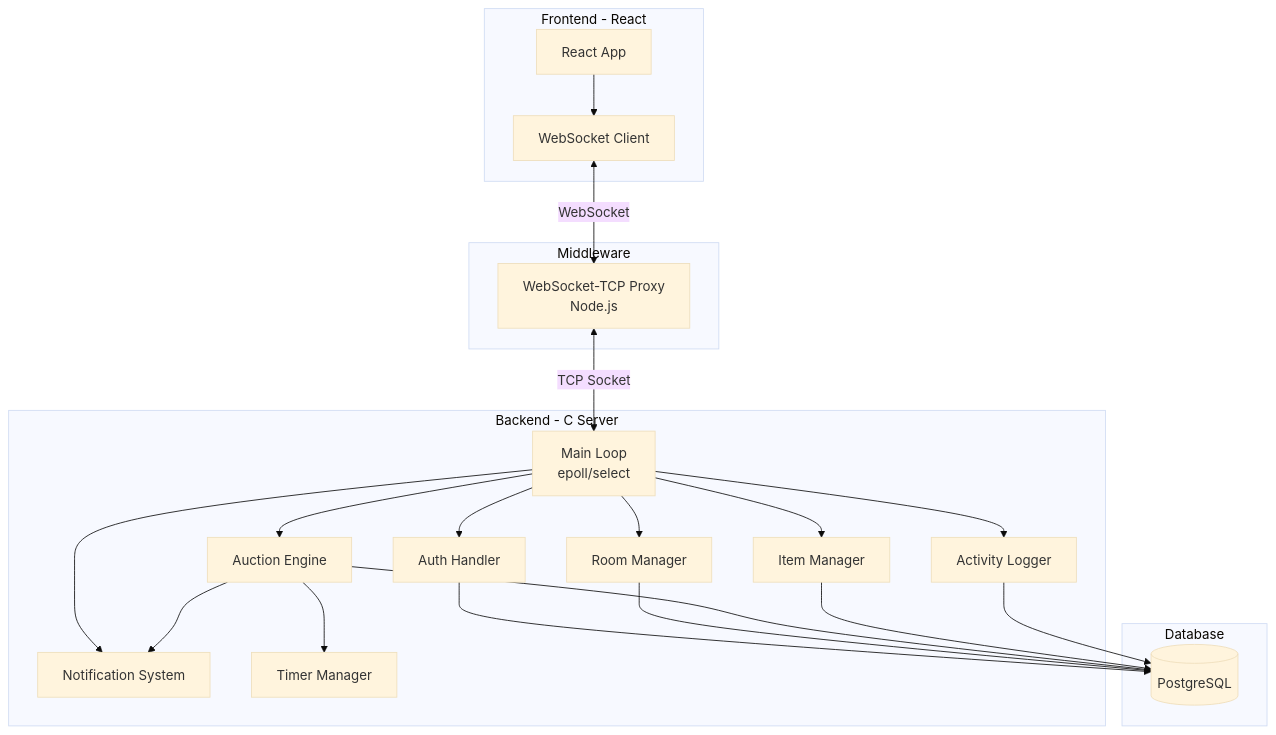
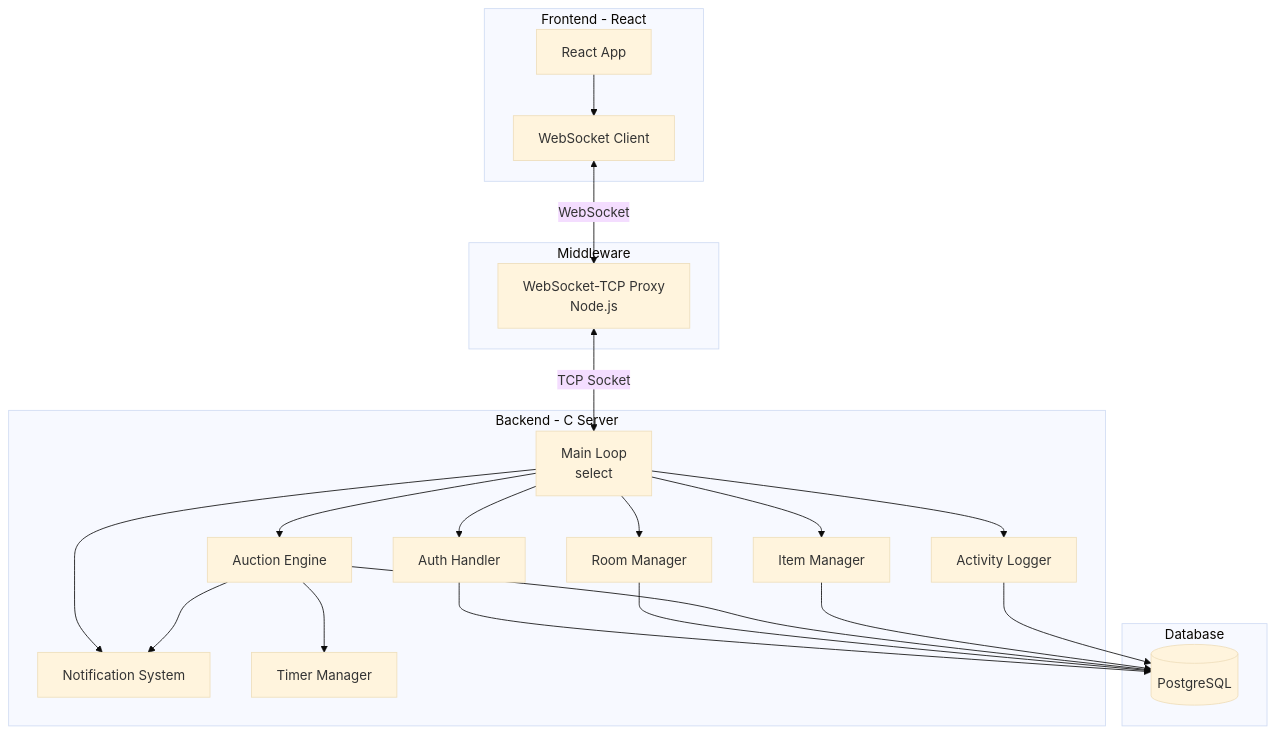
The first of 5 diagrams in implementation_plan.md (Nhan-DH/auction-system), drawn with Mermaid (base theme) before and after one commit. The commit also changed other lines of this file, not shown here.

````diff
--- a/implementation_plan.md
+++ b/implementation_plan.md
@@ -102,44 +102,44 @@
 ```mermaid
 graph TB
     subgraph "Frontend - React"
         UI[React App]
         WS[WebSocket Client]
         UI --> WS
     end
 
     subgraph "Middleware"
         PROXY[WebSocket-TCP Proxy<br/>Node.js]
     end
 
     subgraph "Backend - C Server"
-        MAIN[Main Loop<br/>epoll/select]
+        MAIN[Main Loop<br/>select]
         AUTH[Auth Handler]
         ROOM[Room Manager]
         AUCTION[Auction Engine]
         ITEM[Item Manager]
         NOTIFY[Notification System]
         LOG[Activity Logger]
         TIMER[Timer Manager]
         
         MAIN --> AUTH
         MAIN --> ROOM
         MAIN --> AUCTION
         MAIN --> ITEM
         MAIN --> NOTIFY
         MAIN --> LOG
         AUCTION --> TIMER
         AUCTION --> NOTIFY
     end
 
     subgraph "Database"
         PG[(PostgreSQL)]
     end
 
     WS <-->|WebSocket| PROXY
     PROXY <-->|TCP Socket| MAIN
     AUTH --> PG
     ROOM --> PG
     AUCTION --> PG
     ITEM --> PG
     LOG --> PG
 ```
````
